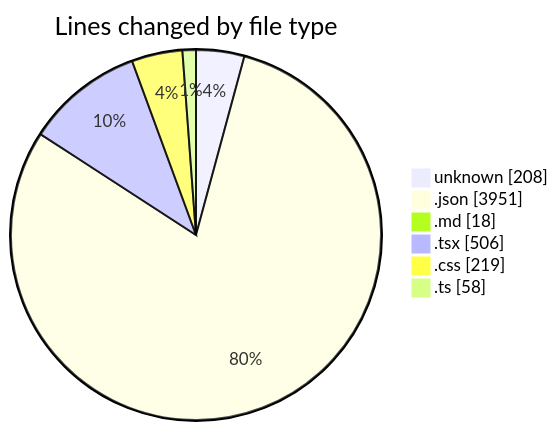
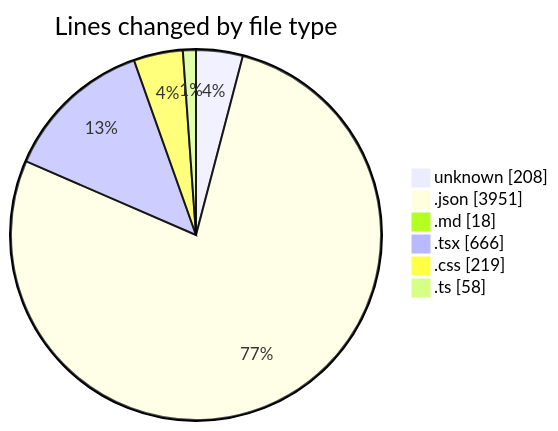
The first of 2 diagrams in 2025-08-07/ribbon/README.md (EIIisD/code-tracking), drawn with Mermaid before and after one commit. The commit also changed other lines of this file and 1 other file, not shown here.

````diff
--- a/2025-08-07/ribbon/README.md
+++ b/2025-08-07/ribbon/README.md
@@ -32,10 +35,10 @@
 ```mermaid
 pie showData
 title Lines changed by file type
 "unknown" : 208
 ".json" : 3951
 ".md" : 18
-".tsx" : 506
+".tsx" : 666
 ".css" : 219
 ".ts" : 58
 ```
````
